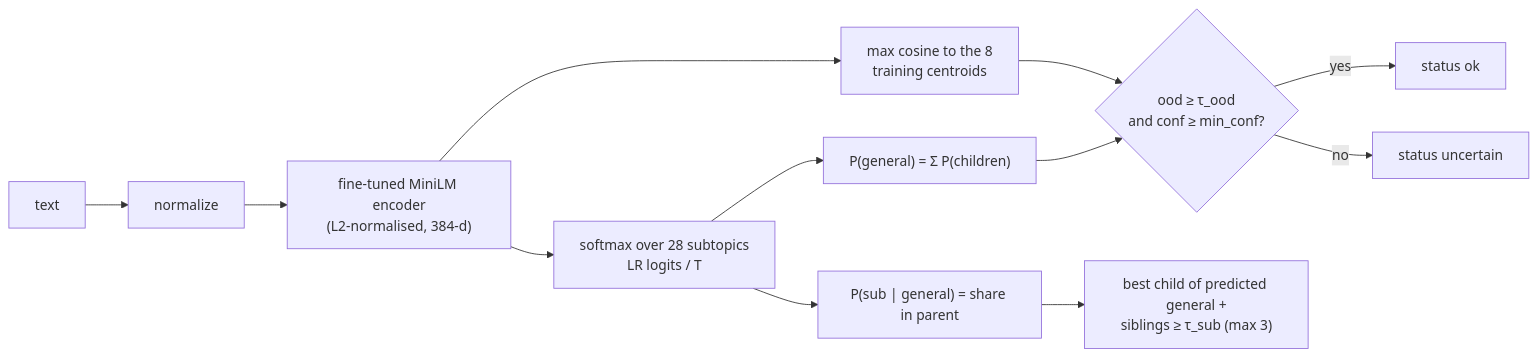
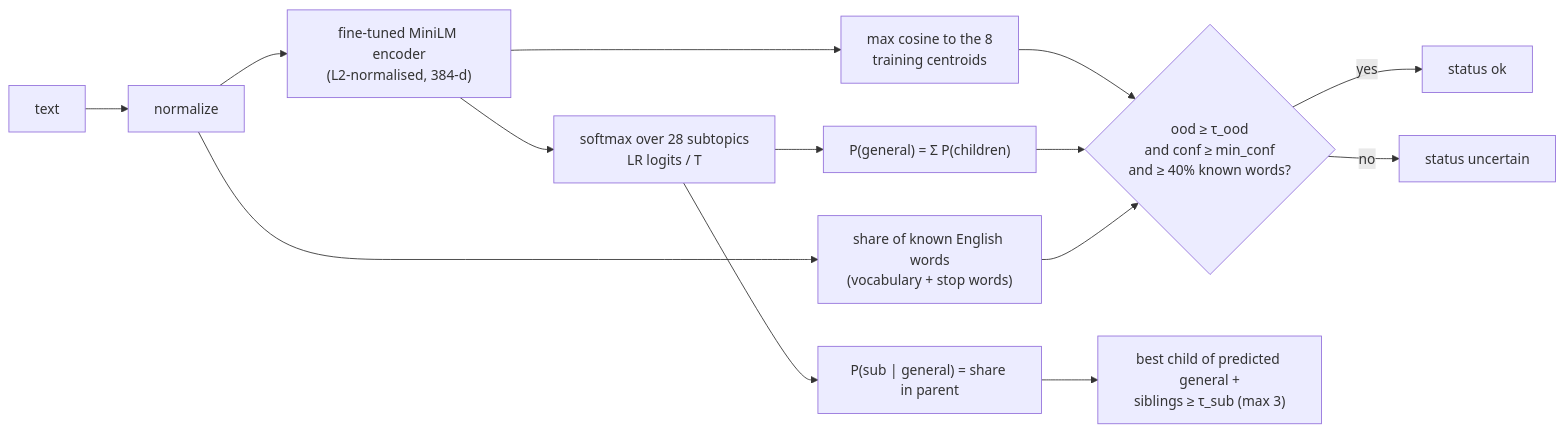
One commit to Ozgurisikdamar/Cont changed the third of 5 diagrams in docs/architecture.md. Above: the diagram before and after it, drawn with Mermaid. The commit also changed other lines of this file and 9 other files, not shown here.

Commit message:
Write final report, known issues, project state; fill README results; update sprints, handover, architecture and API reference

````diff
--- a/docs/architecture.md
+++ b/docs/architecture.md
@@ -103,12 +103,13 @@
 ```mermaid
 flowchart LR
     x["text"] --> n["normalize"] --> e["fine-tuned MiniLM encoder<br/>(L2-normalised, 384-d)"]
     e --> s["softmax over 28 subtopics<br/>LR logits / T"]
     s --> pg["P(general) = Σ P(children)"]
     s --> pc["P(sub | general) = share in parent"]
-    e --> o["max cosine to the 8<br/>training centroids"] --> od{"ood ≥ τ_ood<br/>and conf ≥ min_conf?"}
+    e --> o["max cosine to the 8<br/>training centroids"] --> od{"ood ≥ τ_ood<br/>and conf ≥ min_conf<br/>and ≥ 40% known words?"}
     pg --> od
+    n --> lg["share of known English words<br/>(vocabulary + stop words)"] --> od
     pc --> dec["best child of predicted general +<br/>siblings ≥ τ_sub (max 3)"]
     od -->|yes| ok["status ok"]
     od -->|no| unc["status uncertain"]
 ```
````
